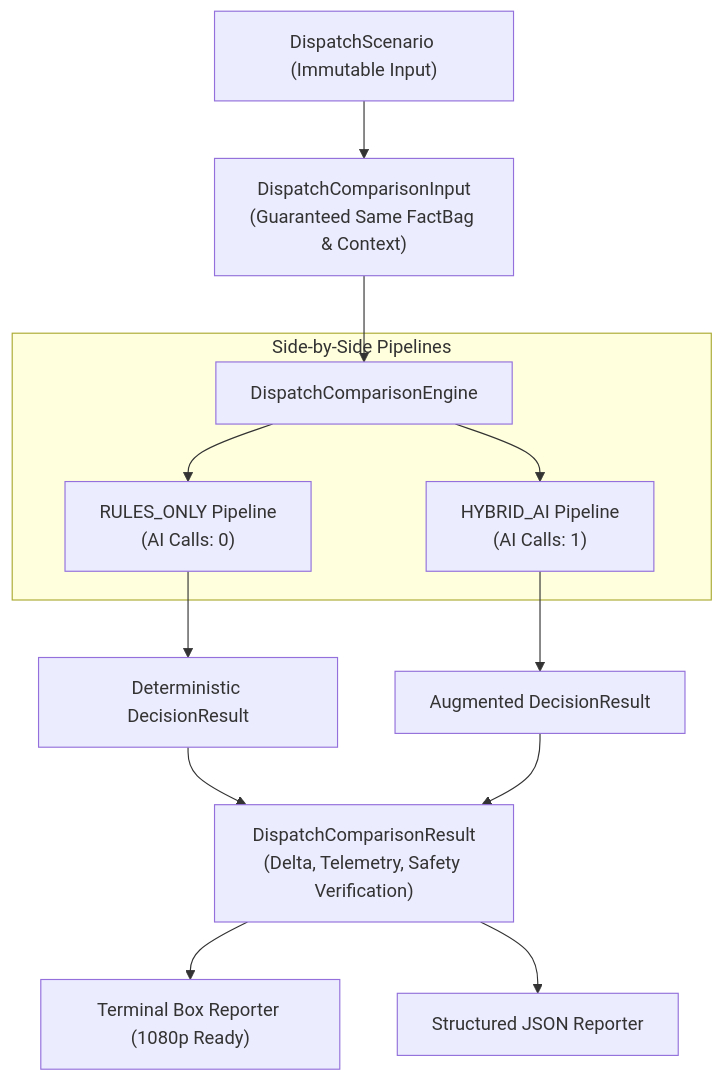
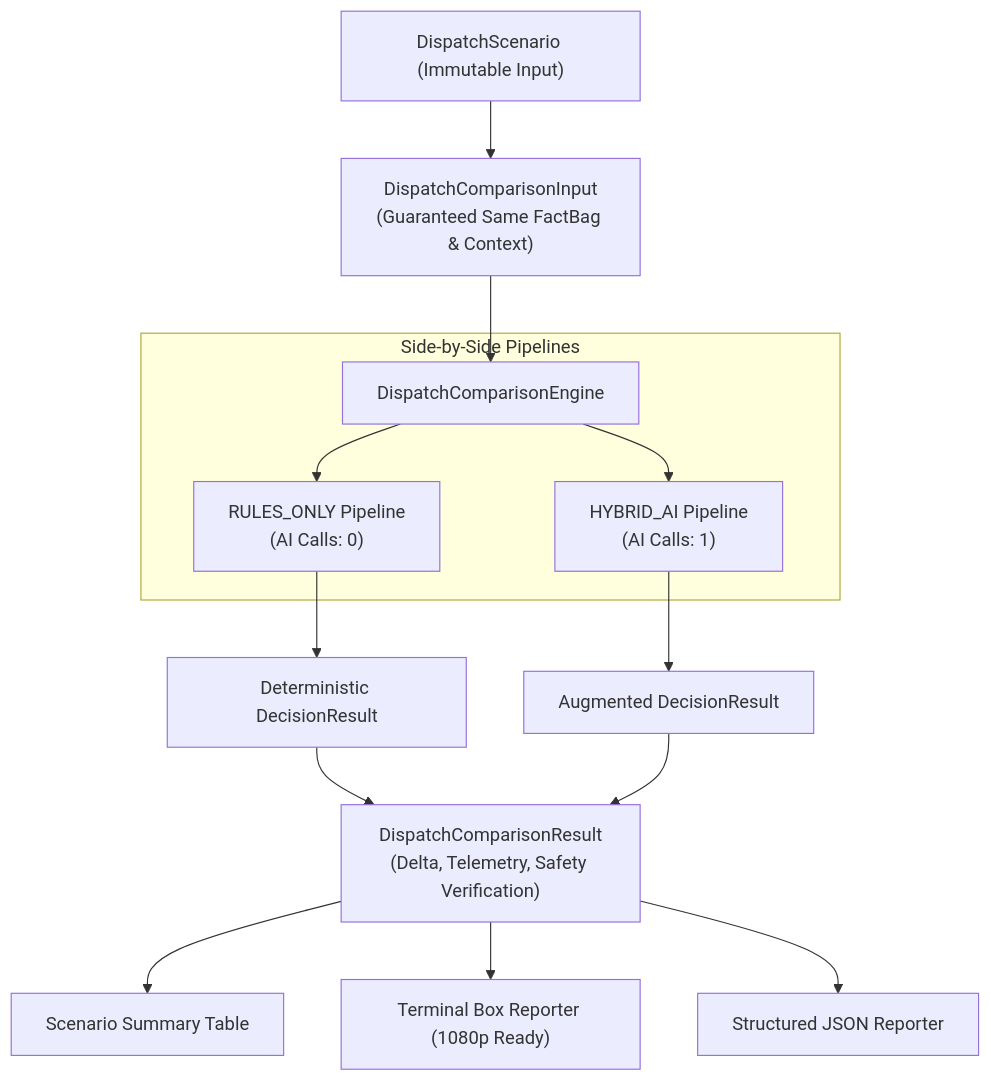
Before and after one commit to venukommu/LogistiX: the fourth of 4 diagrams in architecture/ARCHITECTURE.md, drawn with Mermaid. The commit also changed other lines of this file and 12 other files, not shown here.

````diff
--- a/architecture/ARCHITECTURE.md
+++ b/architecture/ARCHITECTURE.md
@@ -209,17 +140,18 @@
 ```mermaid
 flowchart TD
     Scenario["DispatchScenario (Immutable Input)"] --> Input["DispatchComparisonInput<br/>(Guaranteed Same FactBag & Context)"]
     Input --> Engine["DispatchComparisonEngine"]
     
     subgraph Execution ["Side-by-Side Pipelines"]
         Engine --> Rules["RULES_ONLY Pipeline<br/>(AI Calls: 0)"]
         Engine --> Hybrid["HYBRID_AI Pipeline<br/>(AI Calls: 1)"]
     end
     
     Rules --> Res1["Deterministic DecisionResult"]
     Hybrid --> Res2["Augmented DecisionResult"]
     
     Res1 & Res2 --> Comp["DispatchComparisonResult<br/>(Delta, Telemetry, Safety Verification)"]
-    Comp --> Rep1["Terminal Box Reporter (1080p Ready)"]
-    Comp --> Rep2["Structured JSON Reporter"]
+    Comp --> Rep1["Scenario Summary Table"]
+    Comp --> Rep2["Terminal Box Reporter (1080p Ready)"]
+    Comp --> Rep3["Structured JSON Reporter"]
 ```
````
